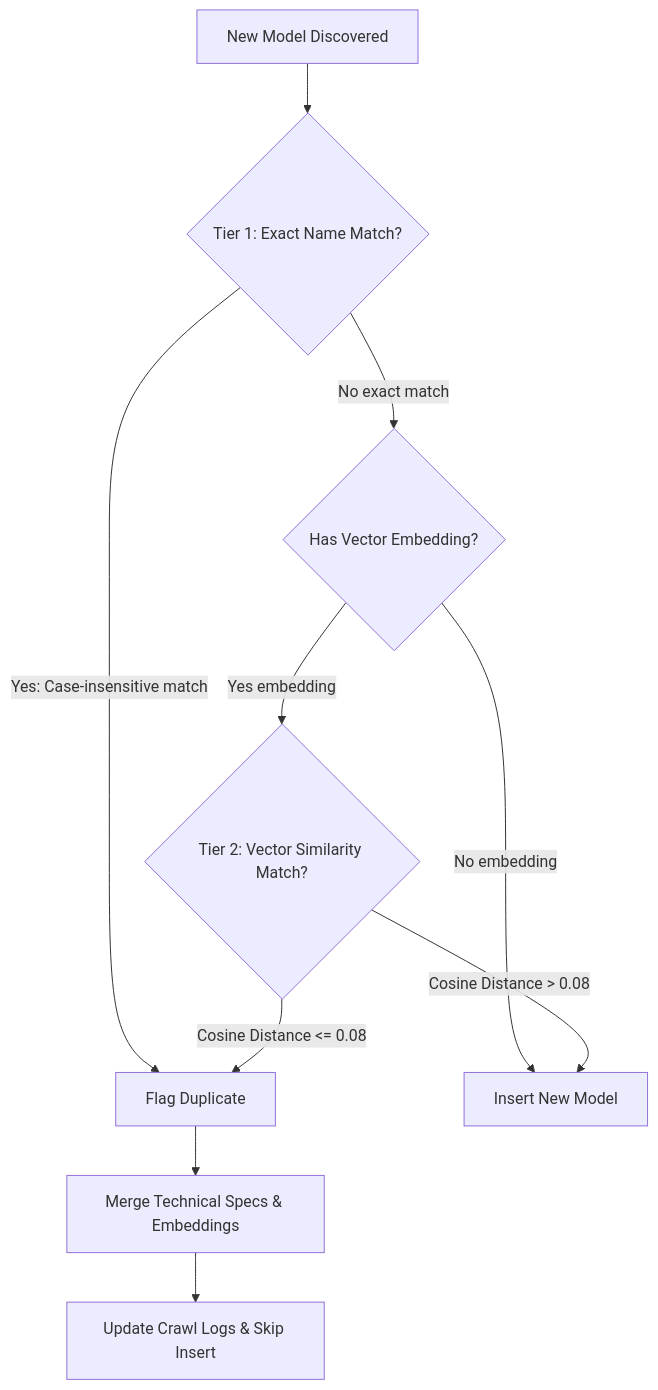
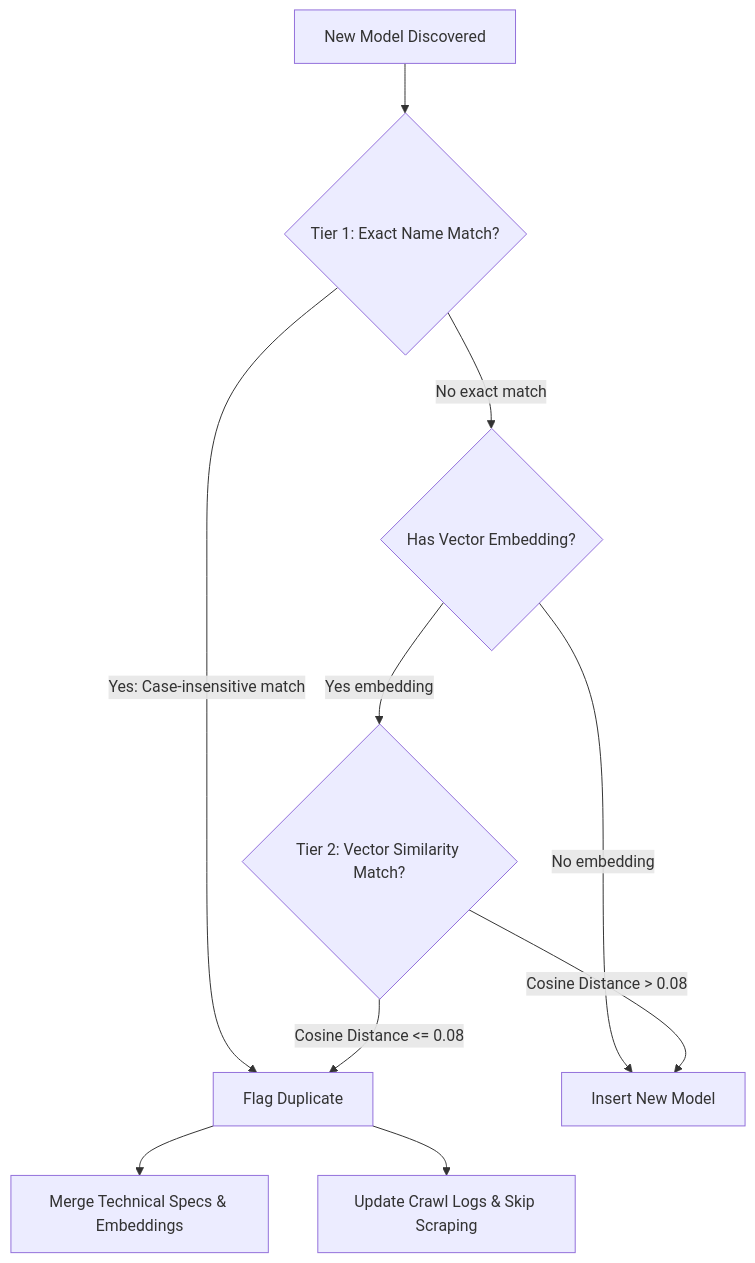
The second of 3 diagrams in Equipment/PROJECT_DOCUMENTATION.md (Anshdeep/Pump-Crawler), drawn with Mermaid before and after one commit. The commit also changed other lines of this file and 26 other files, not shown here.

````diff
--- a/Equipment/PROJECT_DOCUMENTATION.md
+++ b/Equipment/PROJECT_DOCUMENTATION.md
@@ -76,12 +78,12 @@
 ```mermaid
 flowchart TD
     A[New Model Discovered] --> B{Tier 1: Exact Name Match?}
     B -->|Yes: Case-insensitive match| C[Flag Duplicate]
     B -->|No exact match| D{Has Vector Embedding?}
     D -->|No embedding| E[Insert New Model]
     D -->|Yes embedding| F{Tier 2: Vector Similarity Match?}
     F -->|Cosine Distance <= 0.08| C
     F -->|Cosine Distance > 0.08| E
     C --> G[Merge Technical Specs & Embeddings]
-    G --> H[Update Crawl Logs & Skip Insert]
+    C --> H[Update Crawl Logs & Skip Scraping]
 ```
````
